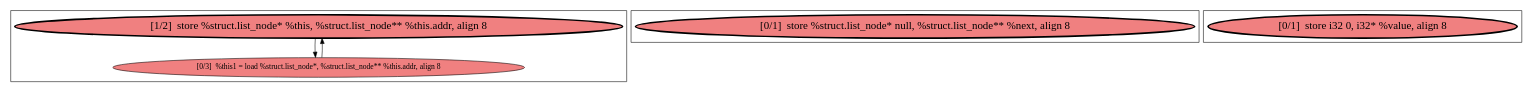
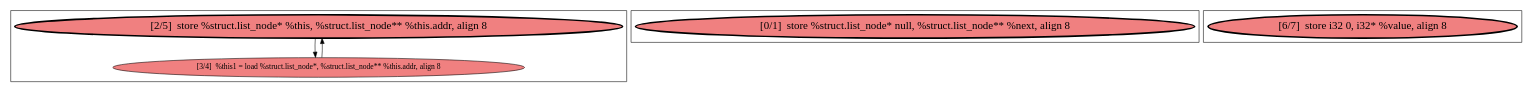
Before and after one commit to harel-coffee/PParMetrics-auto: the diagram in playground/dots/linked-list-traversal/_ZN9list_nodeC2Ev.mdg.sccs.dot.dot, drawn with Graphviz. The commit also changed 425 other files, not shown here.

```diff
--- a/playground/dots/linked-list-traversal/_ZN9list_nodeC2Ev.mdg.sccs.dot.dot
+++ b/playground/dots/linked-list-traversal/_ZN9list_nodeC2Ev.mdg.sccs.dot.dot
@@ -1,38 +1,38 @@
 
 digraph G {
 
 
 
 
 
 subgraph cluster2 {
 
 
-node164 [penwidth=3.0,fontsize=20,fillcolor=lightcoral,label="[1/2]  store %struct.list_node* %this, %struct.list_node** %this.addr, align 8",shape=ellipse,style=filled ]
-node163 [fillcolor=lightcoral,label="[0/3]  %this1 = load %struct.list_node*, %struct.list_node** %this.addr, align 8",shape=ellipse,style=filled ]
+node164 [penwidth=3.0,fontsize=20,fillcolor=lightcoral,label="[2/5]  store %struct.list_node* %this, %struct.list_node** %this.addr, align 8",shape=ellipse,style=filled ]
+node163 [fillcolor=lightcoral,label="[3/4]  %this1 = load %struct.list_node*, %struct.list_node** %this.addr, align 8",shape=ellipse,style=filled ]
 
 node163->node164 [ ]
 node164->node163 [ ]
 
 
 }
 
 subgraph cluster0 {
 
 
 node161 [penwidth=3.0,fontsize=20,fillcolor=lightcoral,label="[0/1]  store %struct.list_node* null, %struct.list_node** %next, align 8",shape=ellipse,style=filled ]
 
 
 
 }
 
 subgraph cluster1 {
 
 
-node162 [penwidth=3.0,fontsize=20,fillcolor=lightcoral,label="[0/1]  store i32 0, i32* %value, align 8",shape=ellipse,style=filled ]
+node162 [penwidth=3.0,fontsize=20,fillcolor=lightcoral,label="[6/7]  store i32 0, i32* %value, align 8",shape=ellipse,style=filled ]
 
 
 
 }
 
 }
```
